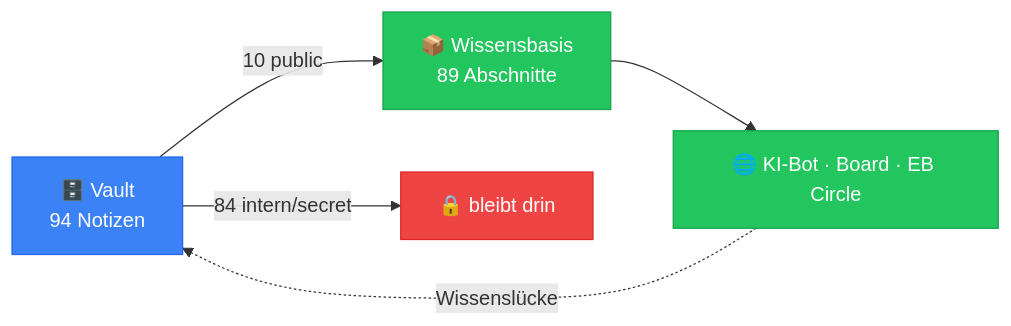
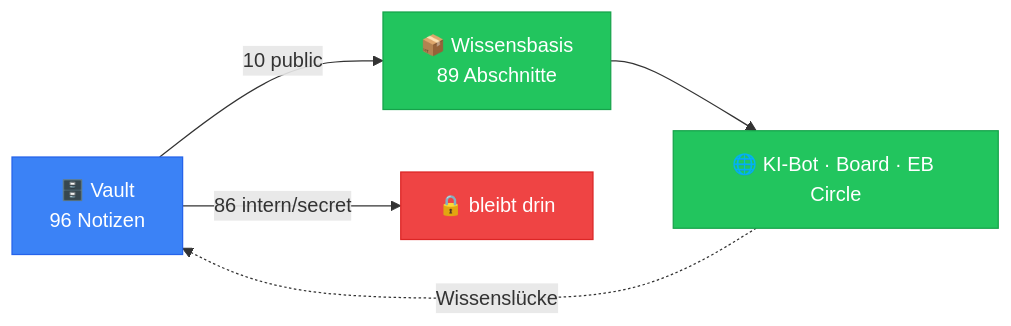
Before and after one commit to Sabindro53/eventboerse: the diagram in vault/00-Kern/Impuls-Strom.md, drawn with Mermaid. The commit also changed other lines of this file and 2 other files, not shown here.

First line of the commit message:
docs(vault): Stand finalisiert - Betriebsregeln, Sprint-Abschluss, offener Punkt

````diff
--- a/vault/00-Kern/Impuls-Strom.md
+++ b/vault/00-Kern/Impuls-Strom.md
@@ -37,13 +37,13 @@
 ```mermaid
 graph LR
-  V["🗄️ Vault<br/>94 Notizen"] -->|"10 public"| K["📦 Wissensbasis<br/>89 Abschnitte"]
-  V -->|"84 intern/secret"| X["🔒 bleibt drin"]
+  V["🗄️ Vault<br/>96 Notizen"] -->|"10 public"| K["📦 Wissensbasis<br/>89 Abschnitte"]
+  V -->|"86 intern/secret"| X["🔒 bleibt drin"]
   K --> W["🌐 KI-Bot · Board · EB Circle"]
   W -.->|"Wissenslücke"| V
   classDef ok fill:#22c55e,stroke:#16a34a,color:#fff
   classDef block fill:#ef4444,stroke:#dc2626,color:#fff
   classDef sys fill:#3b82f6,stroke:#2563eb,color:#fff
   class K,W ok
   class X block
   class V sys
 ```
````
